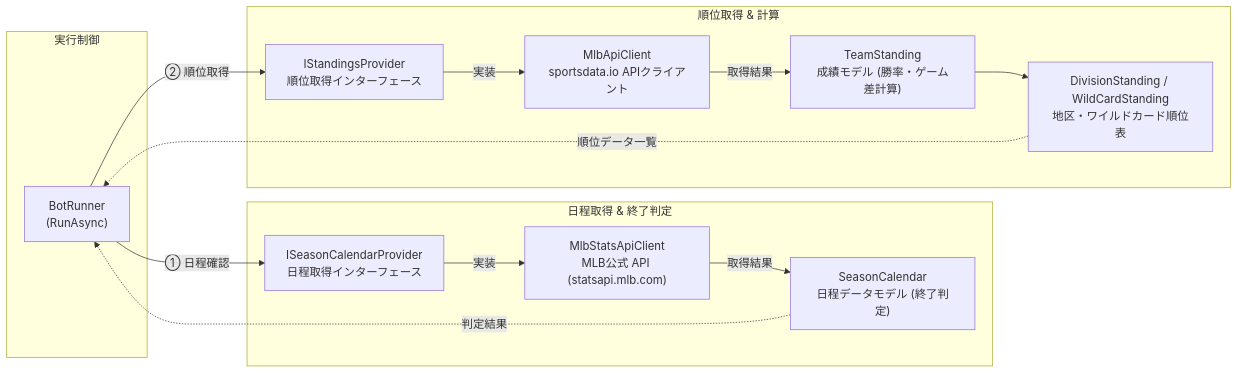
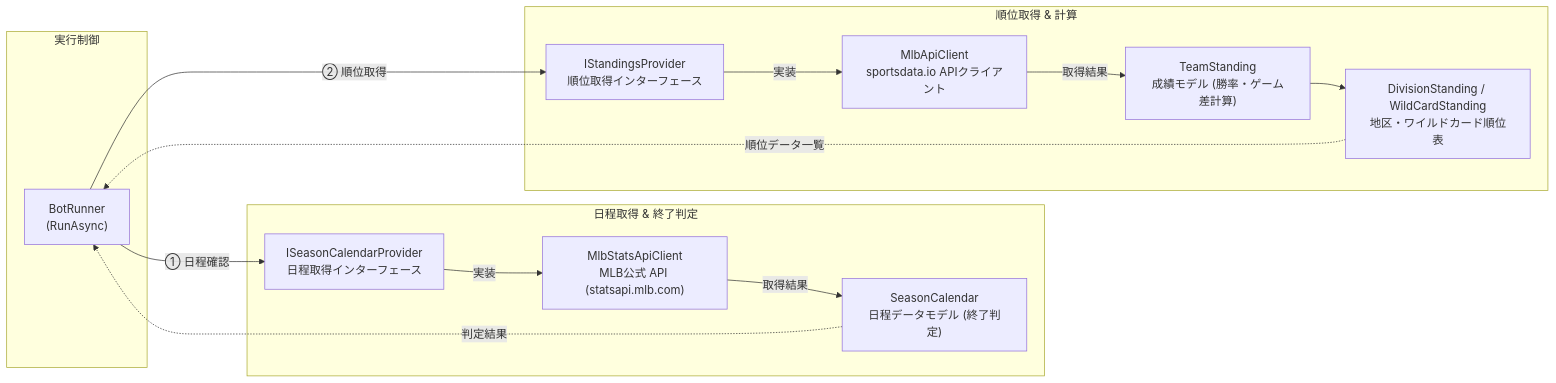
The third of 7 diagrams in docs/development.md (shin4488/MlbBot), drawn with Mermaid before and after one commit. The commit also changed other lines of this file, not shown here.

Commit message:
docs: Mermaid図で①を②の上、③を④の上の配置に固定

````diff
--- a/docs/development.md
+++ b/docs/development.md
@@ -108,31 +110,35 @@
 ```mermaid
 flowchart LR
     subgraph Caller["実行制御"]
         BR1["BotRunner<br>(RunAsync)"]
     end
 
     subgraph Calendar["日程取得 & 終了判定"]
         ISC["ISeasonCalendarProvider<br>日程取得インターフェース"] -->|実装| MSC["MlbStatsApiClient<br>MLB公式 API (statsapi.mlb.com)"]
         MSC -->|取得結果| SC["SeasonCalendar<br>日程データモデル (終了判定)"]
     end
 
     subgraph Standings["順位取得 & 計算"]
         ISP["IStandingsProvider<br>順位取得インターフェース"] -->|実装| MAC["MlbApiClient<br>sportsdata.io APIクライアント"]
         MAC -->|取得結果| TS["TeamStanding<br>成績モデル (勝率・ゲーム差計算)"]
         TS --> DS["DivisionStanding / WildCardStanding<br>地区・ワイルドカード順位表"]
     end
 
+    ISC ~~~ ISP
+    MSC ~~~ MAC
+    SC ~~~ TS
+
     BR1 -->|① 日程確認| ISC
     SC -.->|判定結果| BR1
     BR1 -->|② 順位取得| ISP
     DS -.->|順位データ一覧| BR1
 
     click BR1 "../TwitterMlbBot/BotRunner.cs"
     click ISC "../TwitterMlbBot/Mlb/ISeasonCalendarProvider.cs"
     click MSC "../TwitterMlbBot/Mlb/MlbStatsApiClient.cs"
     click SC "../TwitterMlbBot/Mlb/SeasonCalendar.cs"
     click ISP "../TwitterMlbBot/Mlb/IStandingsProvider.cs"
     click MAC "../TwitterMlbBot/Mlb/MlbApiClient.cs"
     click TS "../TwitterMlbBot/Mlb/TeamStanding.cs"
     click DS "../TwitterMlbBot/Mlb/"
 ```
````
